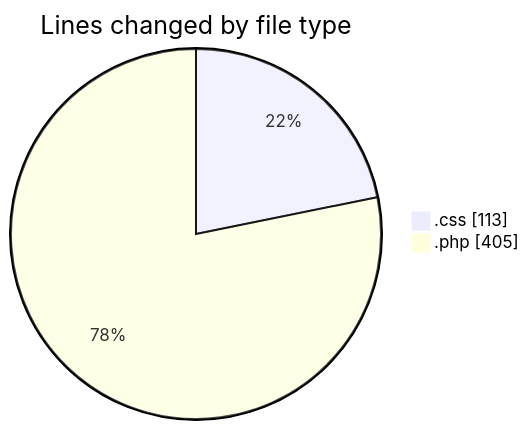
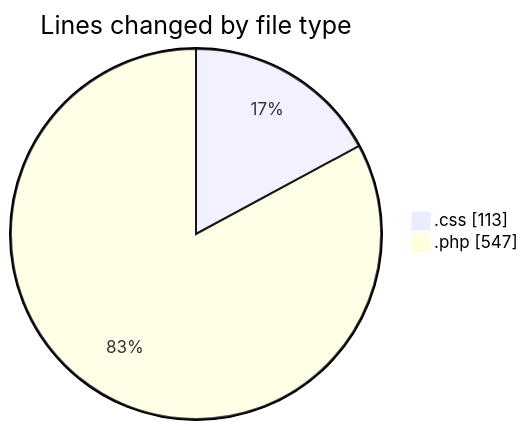
One commit to momahboobian/code-tracking changed the first of 2 diagrams in 2026-03-20/designexo-child/README.md. Above: the diagram before and after it, drawn with Mermaid. The commit also changed other lines of this file and 1 other file, not shown here.

````diff
--- a/2026-03-20/designexo-child/README.md
+++ b/2026-03-20/designexo-child/README.md
@@ -26,6 +28,6 @@
 ```mermaid
 pie showData
 title Lines changed by file type
 ".css" : 113
-".php" : 405
+".php" : 547
 ```
````
